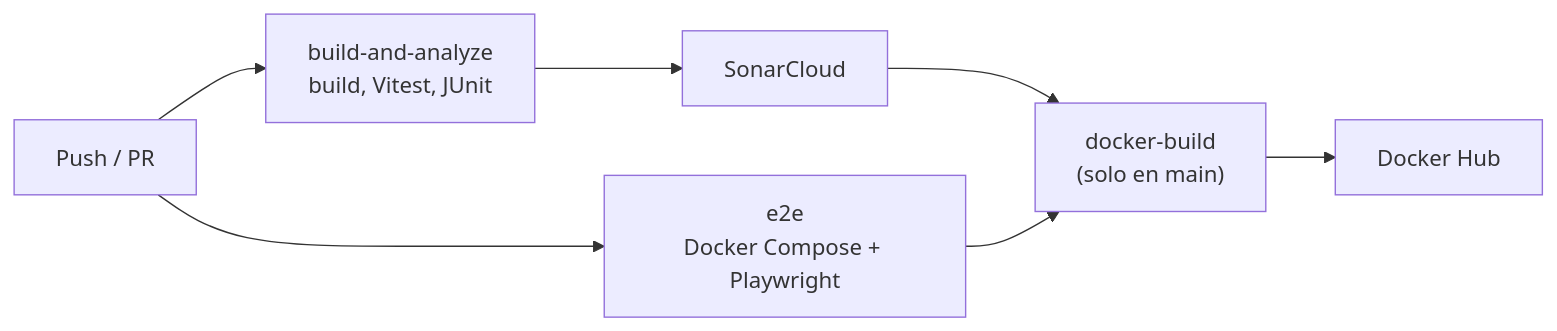
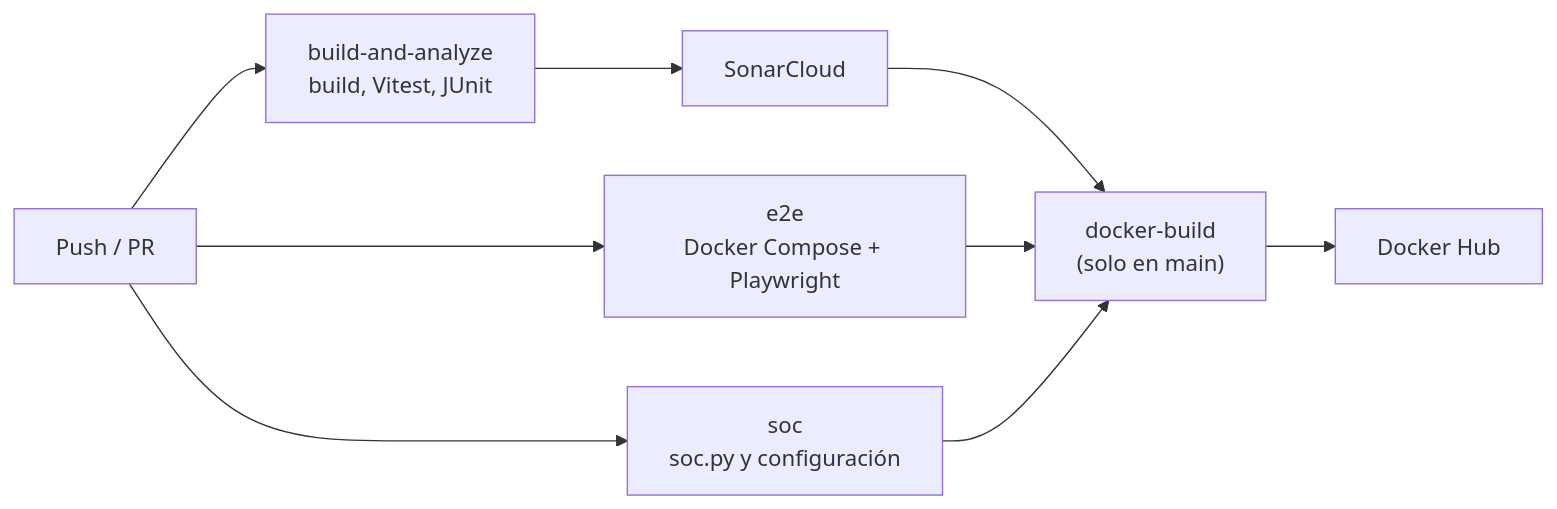
The third of 4 diagrams in docs/infraestructura.md (juanparejog/BarHub2.0), drawn with Mermaid before and after one commit. The commit also changed other lines of this file and 26 other files, not shown here.

````diff
--- a/docs/infraestructura.md
+++ b/docs/infraestructura.md
@@ -420,9 +422,11 @@
 ```mermaid
 flowchart LR
     A[Push / PR] --> B["build-and-analyze<br/>build, Vitest, JUnit"]
     B --> C[SonarCloud]
     A --> D["e2e<br/>Docker Compose + Playwright"]
+    A --> S["soc<br/>soc.py y configuración"]
     C --> E["docker-build<br/>(solo en main)"]
     D --> E
+    S --> E
     E --> F[Docker Hub]
 ```
````
